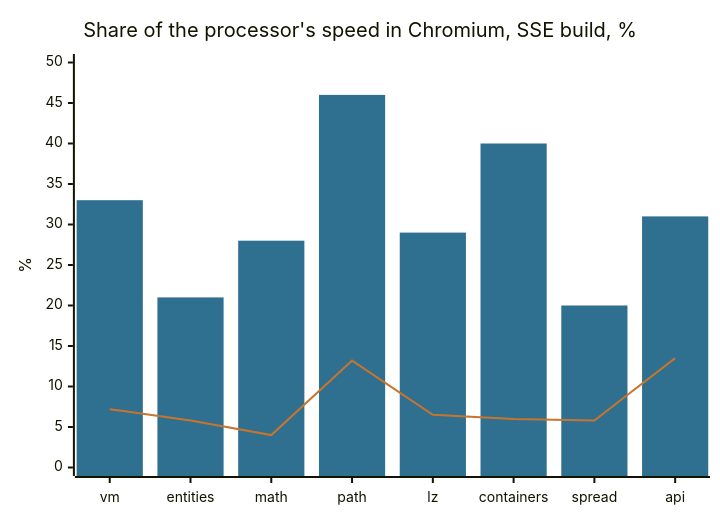
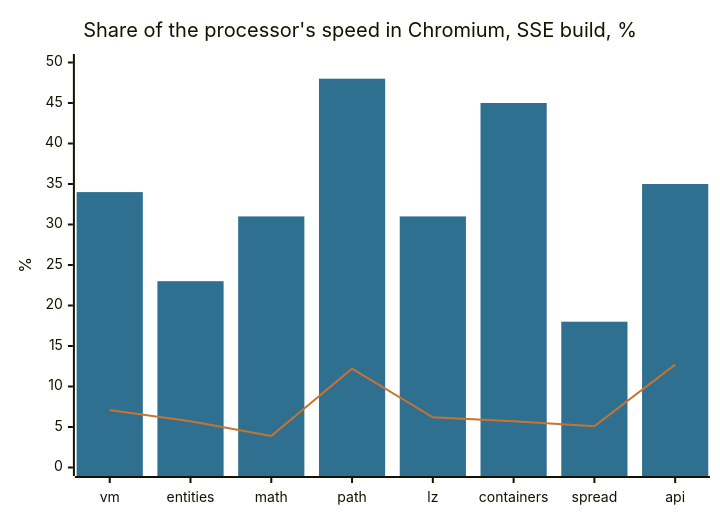
One commit to bottlify/bottlify changed the fourth of 4 diagrams in modules/cork/README.md. Above: the diagram before and after it, drawn with Mermaid. The commit also changed other lines of this file and 1 other file, not shown here.

````diff
--- a/modules/cork/README.md
+++ b/modules/cork/README.md
@@ -175,9 +191,9 @@
 ```mermaid
 %%{init: {"theme": "base", "themeVariables": {"fontFamily": "Inter, Segoe UI, Helvetica, Arial, sans-serif", "xyChart": {"plotColorPalette": "#2F6F8F, #C8742E"}}}}%%
 xychart-beta
   title "Share of the processor's speed in Chromium, SSE build, %"
   x-axis [vm, entities, math, path, lz, containers, spread, api]
   y-axis "%" 0 --> 50
-  bar [33, 21, 28, 46, 29, 40, 20, 31]
-  line [7.2, 5.8, 4.0, 13.2, 6.5, 6.0, 5.8, 13.5]
+  bar [34, 23, 31, 48, 31, 45, 18, 35]
+  line [7.1, 5.7, 3.9, 12.2, 6.2, 5.7, 5.1, 12.7]
 ```
````
